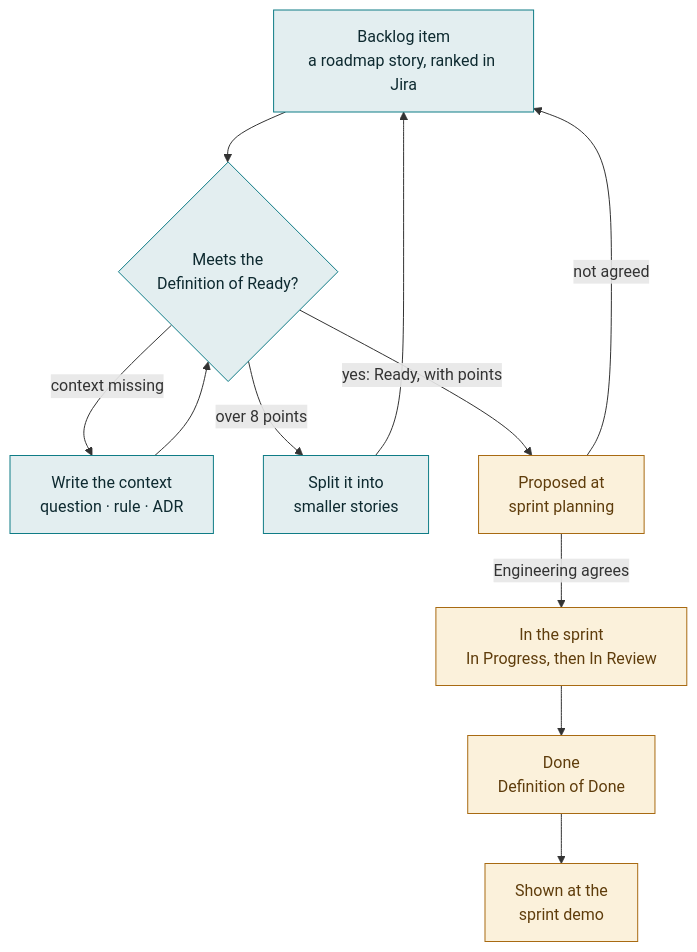
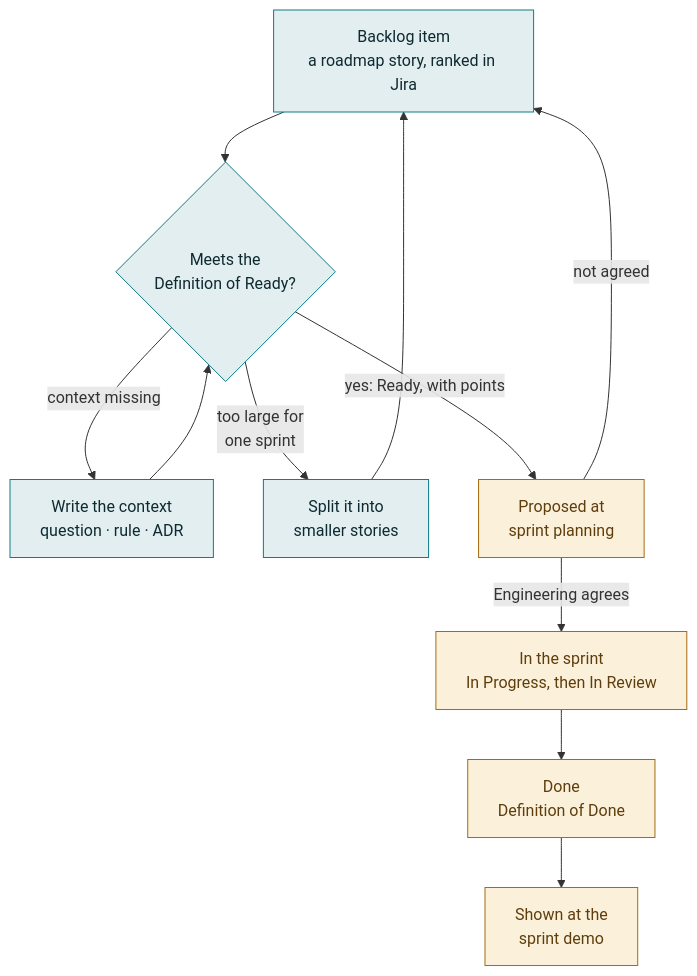
The diagram in example-project/docs/agile-practices.md (jaap-dekkinga/AI_Agile_JIRA), drawn with Mermaid before and after one commit. The commit also changed other lines of this file and 10 other files, not shown here.

````diff
--- a/example-project/docs/agile-practices.md
+++ b/example-project/docs/agile-practices.md
@@ -117,17 +118,17 @@
 ```mermaid
 flowchart TD
   I["Backlog item<br/>a roadmap story, ranked in Jira"] --> G{"Meets the<br/>Definition of Ready?"}
   G -- "context missing" --> W["Write the context<br/>question · rule · ADR"]
   W --> G
-  G -- "over 8 points" --> SP["Split it into<br/>smaller stories"]
+  G -- "too large for<br/>one sprint" --> SP["Split it into<br/>smaller stories"]
   SP --> I
   G -- "yes: Ready, with points" --> P["Proposed at<br/>sprint planning"]
   P -- "not agreed" --> I
   P -- "Engineering agrees" --> S["In the sprint<br/>In Progress, then In Review"]
   S --> D["Done<br/>Definition of Done"]
   D --> DM["Shown at the<br/>sprint demo"]
   classDef ctx fill:#e3eef0,stroke:#0f7c86,color:#0e2a30
   classDef impl fill:#fbf1db,stroke:#a86a12,color:#5f3d0c
   class I,G,W,SP ctx
   class P,S,D,DM impl
 ```
````
